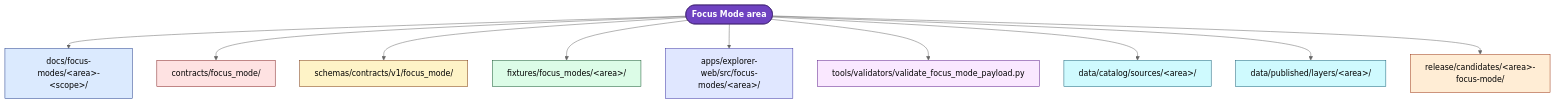
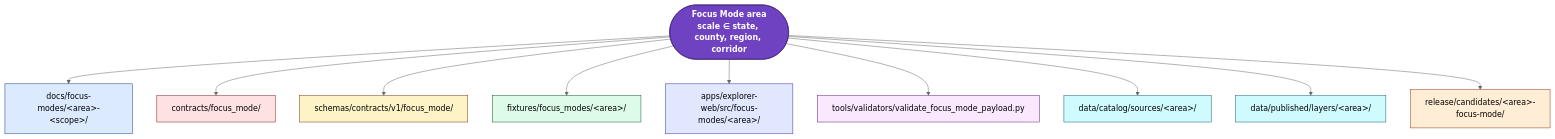
The first of 3 diagrams in docs/focus-mode/README.md (bartytime4life/Kansas-Frontier-Matrix), drawn with Mermaid (neutral theme) before and after one commit. The commit also changed other lines of this file, not shown here.

````diff
--- a/docs/focus-mode/README.md
+++ b/docs/focus-mode/README.md
@@ -256,24 +350,24 @@
 ```mermaid
 flowchart TD
-    A([Focus Mode area]):::area
+    A([Focus Mode area<br/>scale ∈ state, county, region, corridor]):::area
 
     A --> D[docs/focus-modes/&lt;area&gt;-&lt;scope&gt;/]:::docs
     A --> C[contracts/focus_mode/]:::contracts
     A --> S[schemas/contracts/v1/focus_mode/]:::schemas
     A --> F[fixtures/focus_modes/&lt;area&gt;/]:::fixtures
     A --> U[apps/explorer-web/src/focus-modes/&lt;area&gt;/]:::apps
     A --> T[tools/validators/validate_focus_mode_payload.py]:::tools
     A --> DC[data/catalog/sources/&lt;area&gt;/]:::data
     A --> DP[data/published/layers/&lt;area&gt;/]:::data
     A --> R[release/candidates/&lt;area&gt;-focus-mode/]:::release
 
     classDef area fill:#6f42c1,stroke:#3d1f6d,color:#fff,font-weight:bold
     classDef docs fill:#dbeafe,stroke:#1e3a8a,color:#000
     classDef contracts fill:#fee2e2,stroke:#7f1d1d,color:#000
     classDef schemas fill:#fef3c7,stroke:#78350f,color:#000
     classDef fixtures fill:#dcfce7,stroke:#14532d,color:#000
     classDef apps fill:#e0e7ff,stroke:#3730a3,color:#000
     classDef tools fill:#fae8ff,stroke:#581c87,color:#000
     classDef data fill:#cffafe,stroke:#155e75,color:#000
     classDef release fill:#ffedd5,stroke:#9a3412,color:#000
 ```
````
